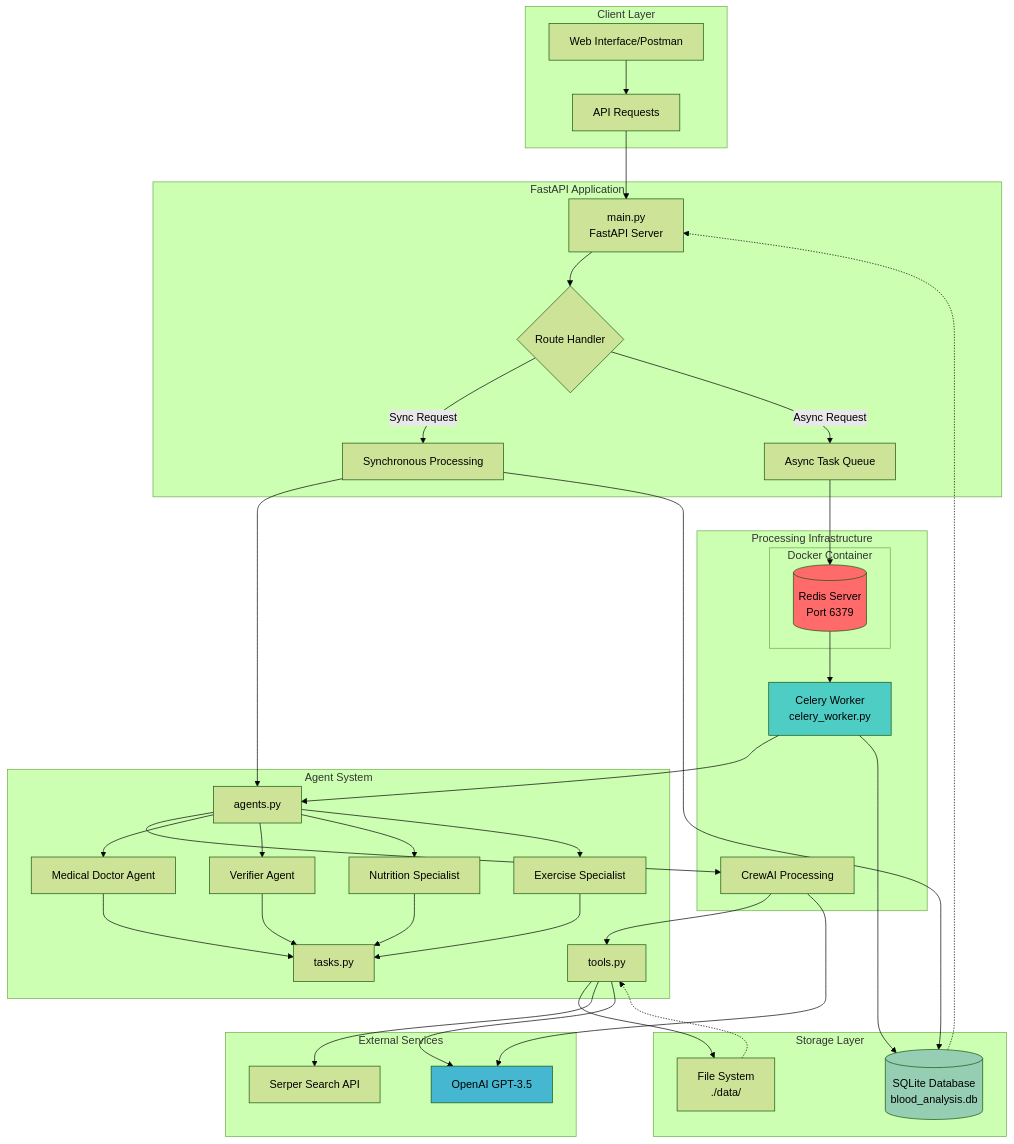
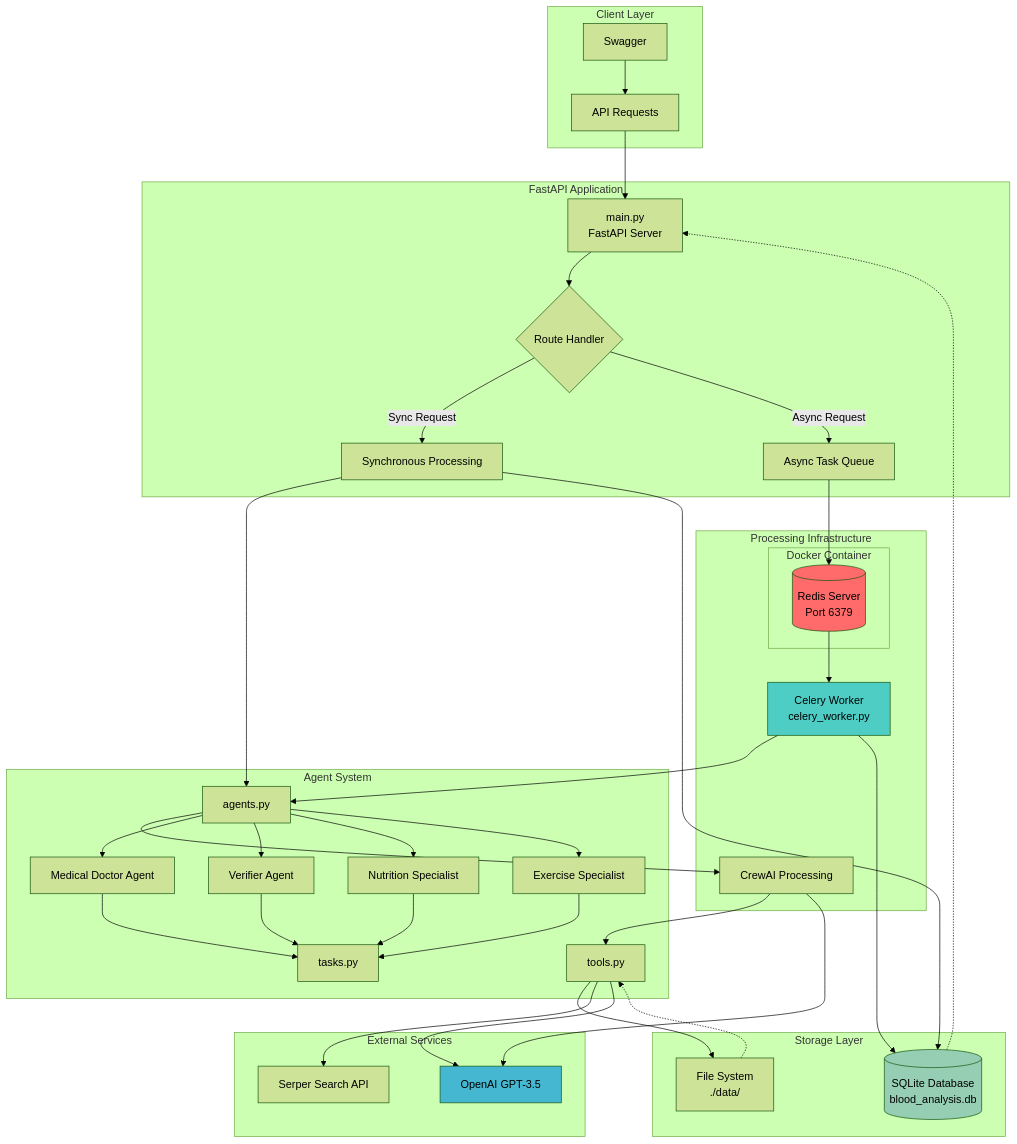
The first of 3 diagrams in README.md (vinu0404/Crew-ai-Celery-Task), drawn with Mermaid (forest theme) before and after one commit.

````diff
--- a/README.md
+++ b/README.md
@@ -10,7 +10,7 @@
 ```mermaid
 graph TB
     subgraph "Client Layer"
-        UI[Web Interface/Postman]
+        UI[Swagger]
         API[API Requests]
     end
     
````
